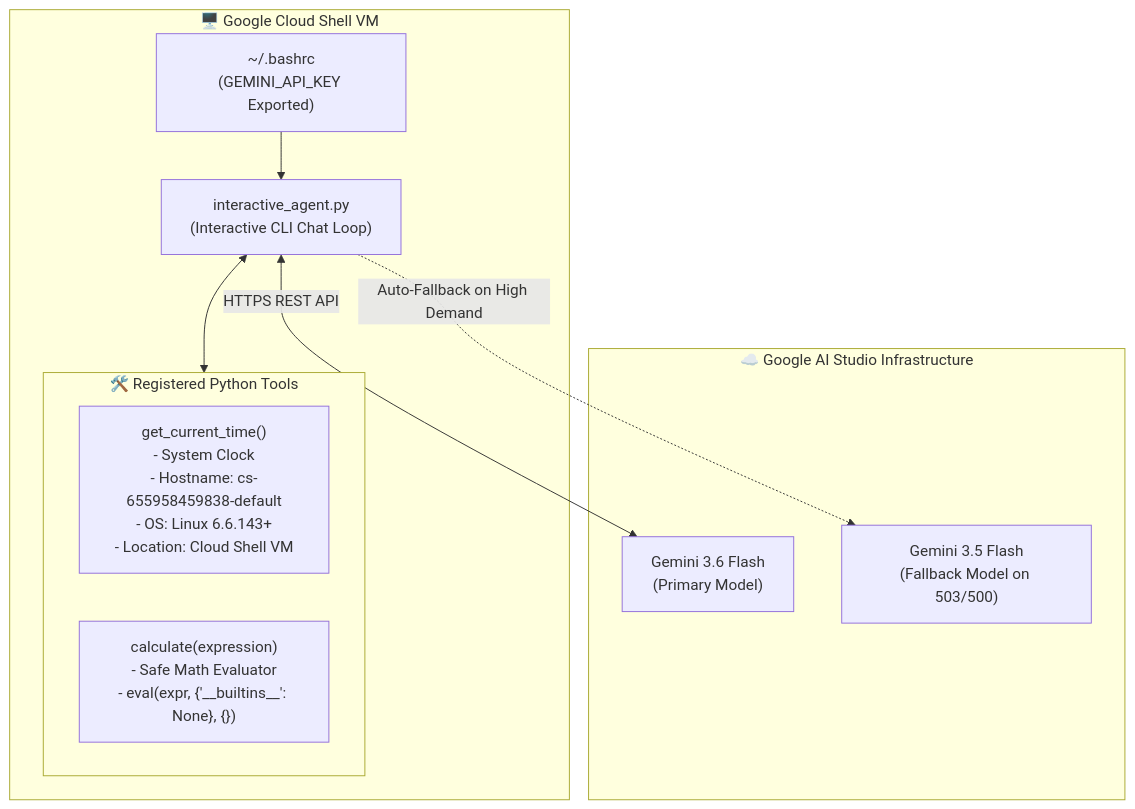
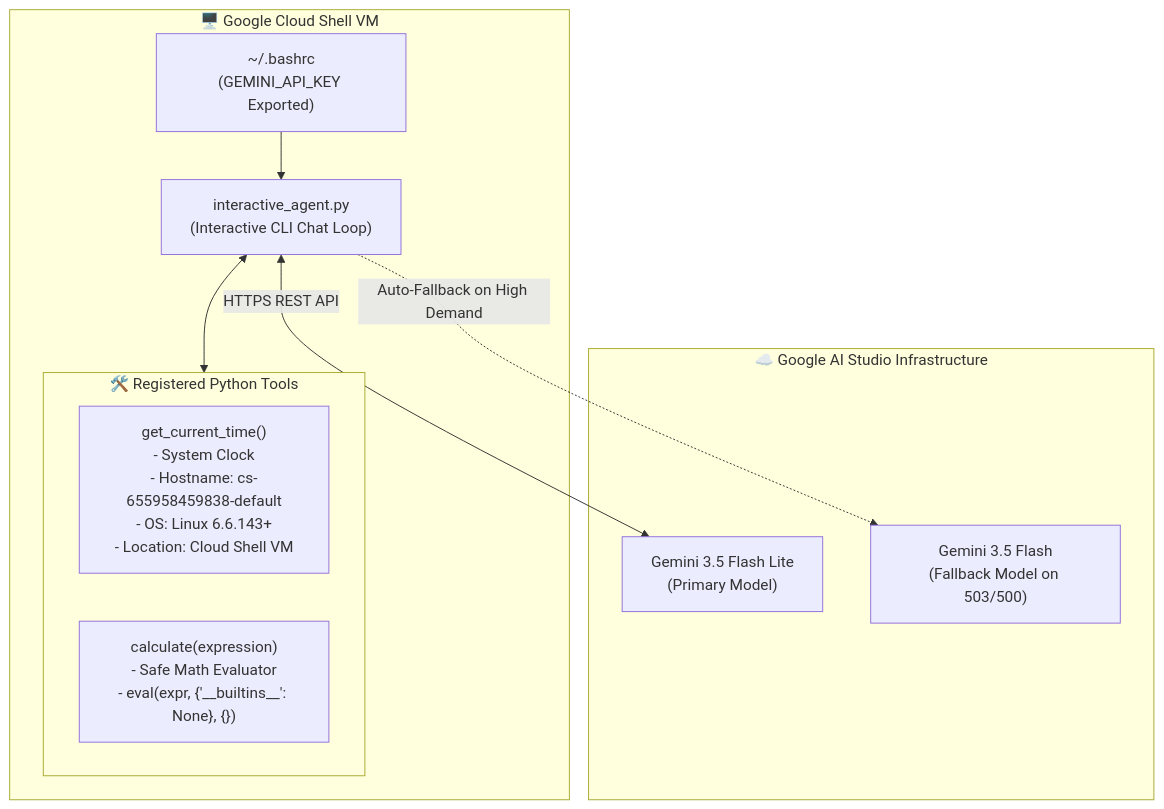
Before and after one commit to farooque-azam/google-cloud-demo: the second of 2 diagrams in ai-agent-demos/single-agent-demo/AGENT_WORKFLOW_EXPLANATION.md, drawn with Mermaid. The commit also changed other lines of this file and 5 other files, not shown here.

Commit message:
Switch to gemini-3.5-flash-lite model and add token logging

````diff
--- a/ai-agent-demos/single-agent-demo/AGENT_WORKFLOW_EXPLANATION.md
+++ b/ai-agent-demos/single-agent-demo/AGENT_WORKFLOW_EXPLANATION.md
@@ -55,22 +55,22 @@
 ```mermaid
 graph TD
     subgraph Environment ["🖥️ Google Cloud Shell VM"]
         Bash["~/.bashrc<br/>(GEMINI_API_KEY Exported)"]
         Script["interactive_agent.py<br/>(Interactive CLI Chat Loop)"]
         
         subgraph LocalTools ["🛠️ Registered Python Tools"]
             Tool1["get_current_time()<br/>- System Clock<br/>- Hostname: cs-655958459838-default<br/>- OS: Linux 6.6.143+<br/>- Location: Cloud Shell VM"]
             Tool2["calculate(expression)<br/>- Safe Math Evaluator<br/>- eval(expr, {'__builtins__': None}, {})"]
         end
     end
 
     subgraph GoogleCloud ["☁️ Google AI Studio Infrastructure"]
-        Model1["Gemini 3.6 Flash<br/>(Primary Model)"]
+        Model1["Gemini 3.5 Flash Lite<br/>(Primary Model)"]
         Model2["Gemini 3.5 Flash<br/>(Fallback Model on 503/500)"]
     end
 
     Bash --> Script
     Script <--> LocalTools
     Script <-->|HTTPS REST API| Model1
     Script -.->|Auto-Fallback on High Demand| Model2
 ```
````
